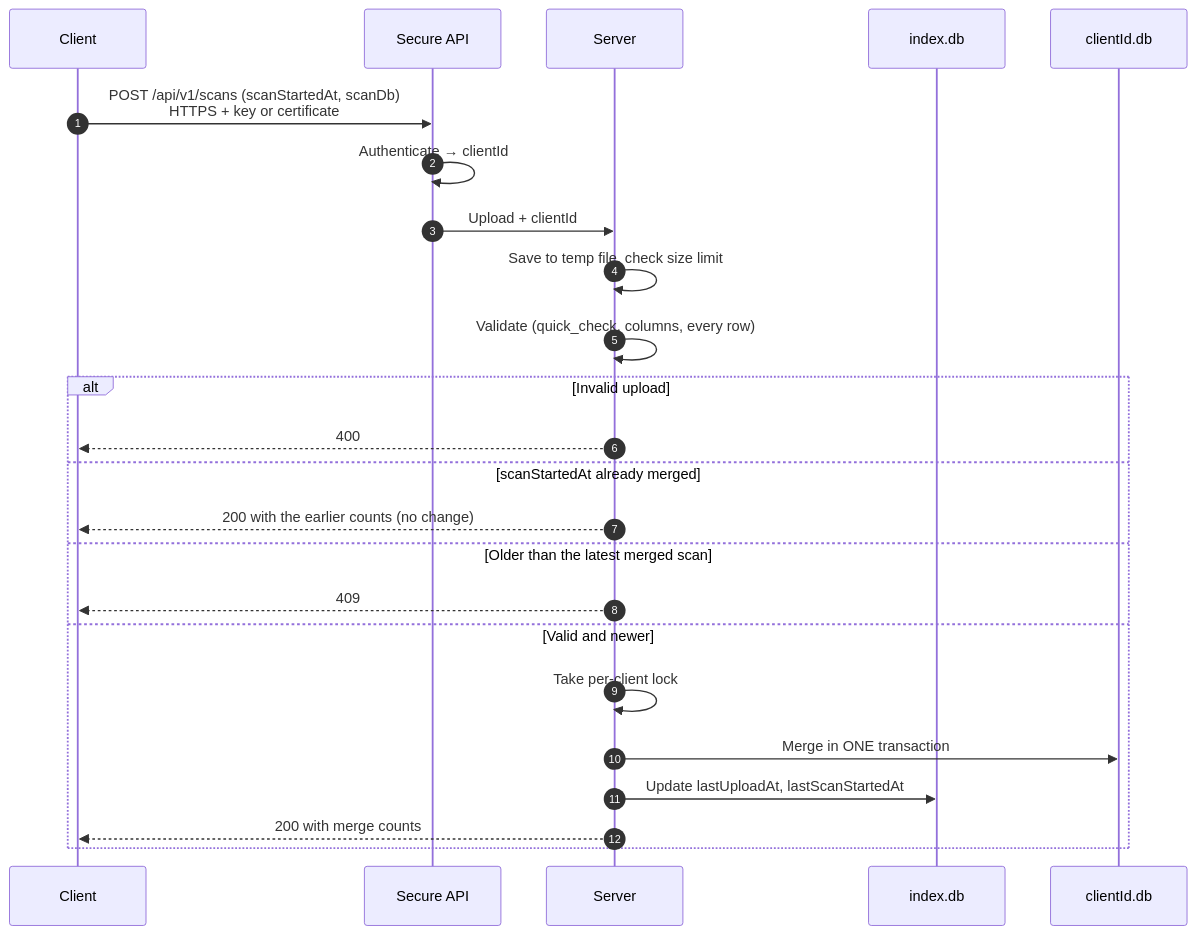
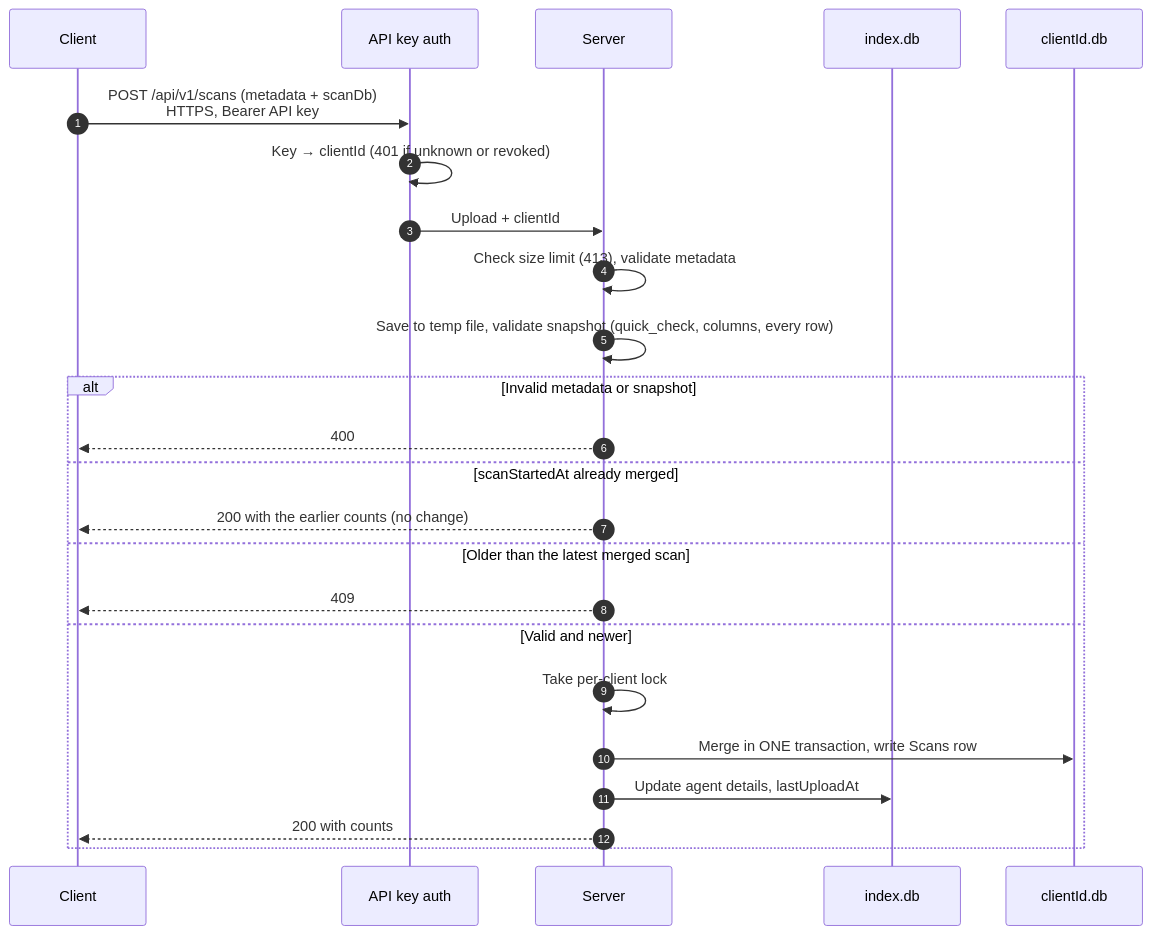
One commit to Carter89490/Capstone_Porject- changed the sixth of 12 diagrams in README.md. Above: the diagram before and after it, drawn with Mermaid. The commit also changed other lines of this file and 16 other files, not shown here.

````diff
--- a/README.md
+++ b/README.md
@@ -182,27 +244,27 @@
 ```mermaid
 sequenceDiagram
     autonumber
     participant C as Client
-    participant A as Secure API
+    participant A as API key auth
     participant S as Server
     participant I as index.db
     participant D as clientId.db
 
-    C->>A: POST /api/v1/scans (scanStartedAt, scanDb)<br/>HTTPS + key or certificate
-    A->>A: Authenticate → clientId
+    C->>A: POST /api/v1/scans (metadata + scanDb)<br/>HTTPS, Bearer API key
+    A->>A: Key → clientId (401 if unknown or revoked)
     A->>S: Upload + clientId
-    S->>S: Save to temp file, check size limit
-    S->>S: Validate (quick_check, columns, every row)
-    alt Invalid upload
+    S->>S: Check size limit (413), validate metadata
+    S->>S: Save to temp file, validate snapshot (quick_check, columns, every row)
+    alt Invalid metadata or snapshot
         S-->>C: 400
     else scanStartedAt already merged
         S-->>C: 200 with the earlier counts (no change)
     else Older than the latest merged scan
         S-->>C: 409
     else Valid and newer
         S->>S: Take per-client lock
-        S->>D: Merge in ONE transaction
-        S->>I: Update lastUploadAt, lastScanStartedAt
-        S-->>C: 200 with merge counts
+        S->>D: Merge in ONE transaction, write Scans row
+        S->>I: Update agent details, lastUploadAt
+        S-->>C: 200 with counts
     end
 ```
````
